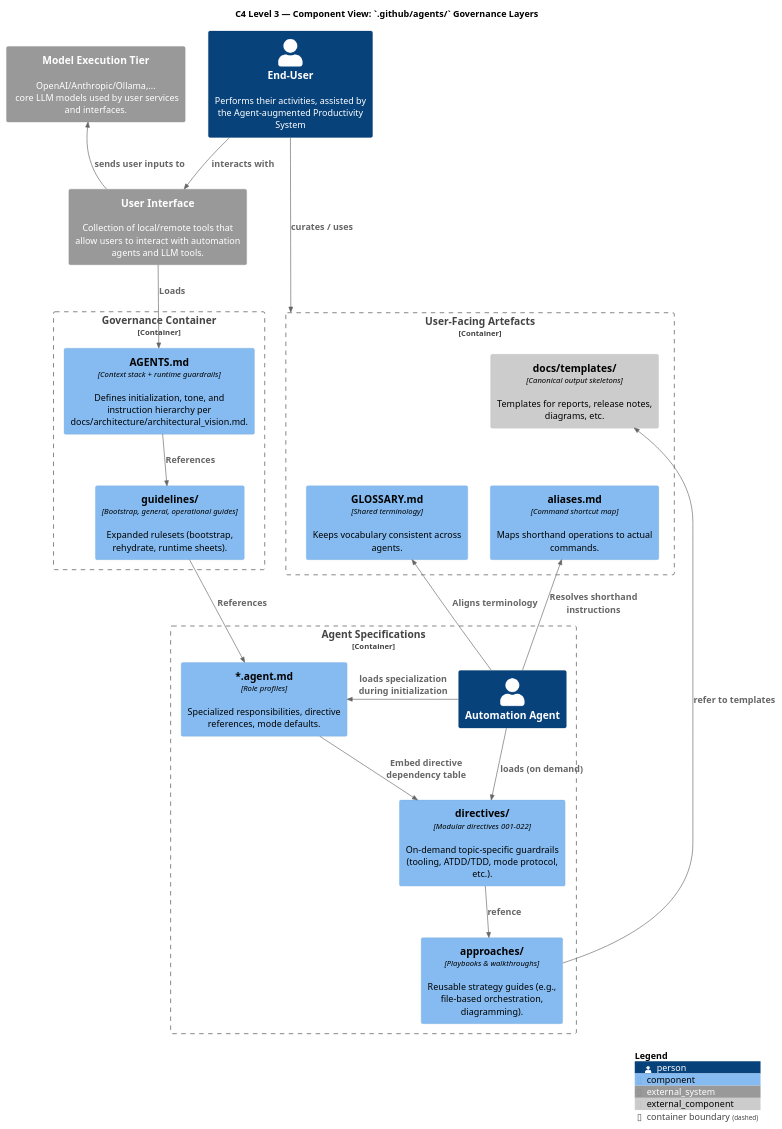
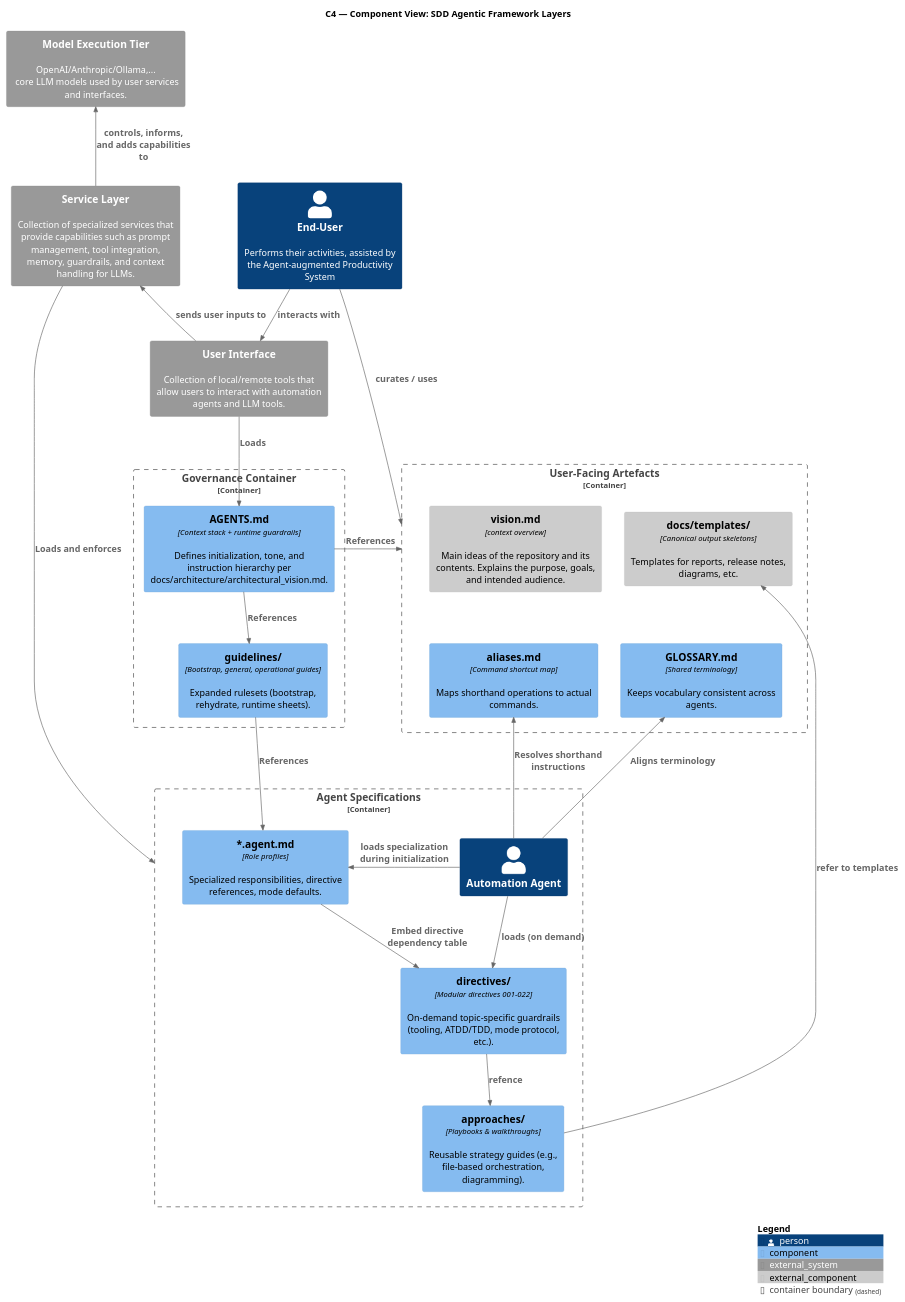
One commit to sddevelopment-be/quickstart_agent-augmented-development changed the diagram in docs/architecture/diagrams/repo-c4-agents-components.puml. Above: the diagram before and after it, drawn with PlantUML. The commit also changed 6 other files, not shown here.

Commit message:
Add new diagrams to show structure of the framework

```diff
--- a/docs/architecture/diagrams/repo-c4-agents-components.puml
+++ b/docs/architecture/diagrams/repo-c4-agents-components.puml
@@ -1,66 +1,70 @@
 @startuml repo_agents_components
-title C4 Level 3 — Component View: `.github/agents/` Governance Layers
+title C4 — Component View: SDD Agentic Framework Layers
 
 !include https://raw.githubusercontent.com/plantuml-stdlib/C4-PlantUML/master/C4.puml
 !include https://raw.githubusercontent.com/plantuml-stdlib/C4-PlantUML/master/C4_Component.puml
 
 skinparam defaultFontName "Verdana"
 skinparam defaultFontSize 14
 skinparam wrapWidth 260
 
 Person(end_user, "End-User", "Performs their activities, assisted by the Agent-augmented Productivity System")
 
 System_Ext(llm_user_interface, "User Interface", "Collection of local/remote tools that allow users to interact with automation agents and LLM tools.")
+System_Ext(llm_service_layer, "Service Layer", "Collection of specialized services that provide capabilities such as prompt management, tool integration, memory, guardrails, and context handling for LLMs.")
 System_Ext(model_tier, "Model Execution Tier", "OpenAI/Anthropic/Ollama,... \n core LLM models used by user services and interfaces.")
 
 Rel(end_user, llm_user_interface, "interacts with")
-Rel_U(llm_user_interface, model_tier, "sends user inputs to")
+Rel_U(llm_user_interface, llm_service_layer, "sends user inputs to")
+Rel_U(llm_service_layer, model_tier, "controls, informs, and adds capabilities to")
 
 Container_Boundary(agent_specs, "Agent Specifications") {
     Component(profiles, "*.agent.md", "Role profiles", "Specialized responsibilities, directive references, mode defaults.")
 
     Component(approaches, "approaches/", "Playbooks & walkthroughs", "Reusable strategy guides (e.g., file-based orchestration, diagramming).")
     Component(directives, "directives/", "Modular directives 001–022", "On-demand topic-specific guardrails (tooling, ATDD/TDD, mode protocol, etc.).")
 
     Rel(profiles, directives, "Embed directive dependency table")
     Rel(directives, approaches, "refence")
 
     Person(automation_agent, "Automation Agent")
 
     Rel_L(automation_agent, profiles, "loads specialization during initialization")
     Rel(automation_agent, directives, "loads (on demand)")
 }
 
 Container_Boundary(governance, "Governance Container") {
     Component(core_spec, "AGENTS.md", "Context stack + runtime guardrails", "Defines initialization, tone, and instruction hierarchy per docs/architecture/architectural_vision.md.")
     Component(guidelines, "guidelines/", "Bootstrap, general, operational guides", "Expanded rulesets (bootstrap, rehydrate, runtime sheets).")
 }
 
 Container_Boundary(user_artifacts, "User-Facing Artefacts") {
     Component_Ext(doc_templates, "docs/templates/", "Canonical output skeletons", "Templates for reports, release notes, diagrams, etc.")
+    Component_Ext(vision, "vision.md", "context overview", "Main ideas of the repository and its contents. Explains the purpose, goals, and intended audience.")
     Component(command_aliases, "aliases.md", "Command shortcut map", "Maps shorthand operations to actual commands.")
     Component(glossary, "GLOSSARY.md", "Shared terminology", "Keeps vocabulary consistent across agents.")
 
     command_aliases -[hidden]U-> doc_templates
     glossary -[hidden]U-> doc_templates
 }
 
 Rel(automation_agent, glossary, "Aligns terminology")
 
 Rel_U(automation_agent, command_aliases, "Resolves shorthand instructions")
 
 Rel(core_spec, guidelines, "References")
 Rel(guidelines, profiles, "References")
-
+Rel_R(core_spec, user_artifacts, "References")
 
 
 'Rel_U(directives, doc_templates, "refer to templates")
 Rel_U(approaches, doc_templates, "refer to templates")
 
 'Rel(end_user, doc_templates, "contributes to / updates templates to fit local needs")
-Rel(end_user, user_artifacts, "curates / uses")
+Rel_D(end_user, user_artifacts, "curates / uses")
 
 Rel(llm_user_interface, core_spec, "Loads")
+Rel(llm_service_layer, agent_specs, "Loads and enforces")
 
 SHOW_LEGEND()
 @enduml
```
